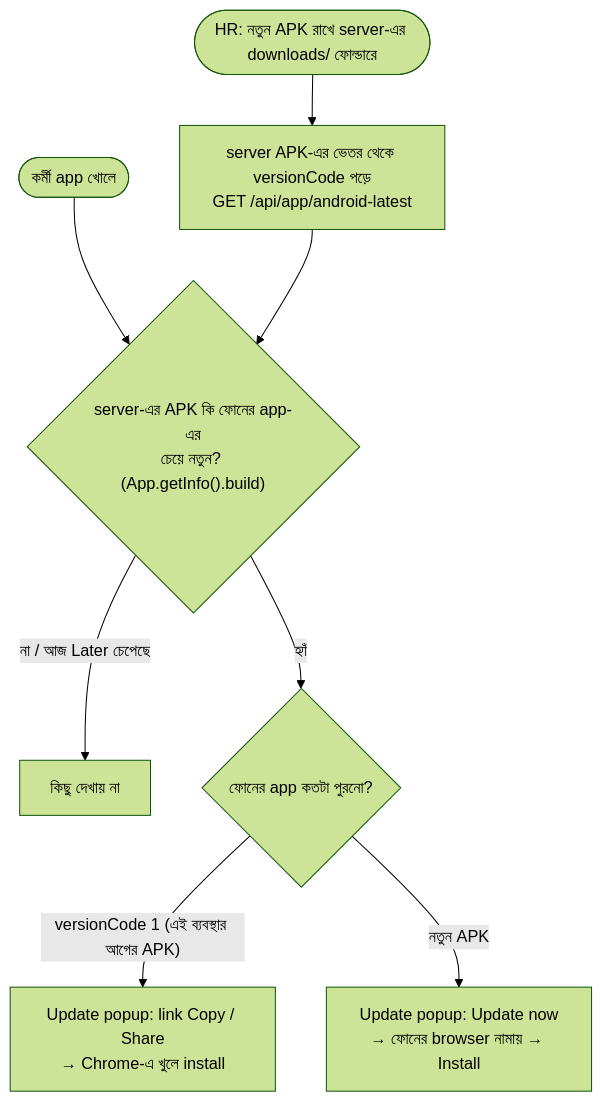
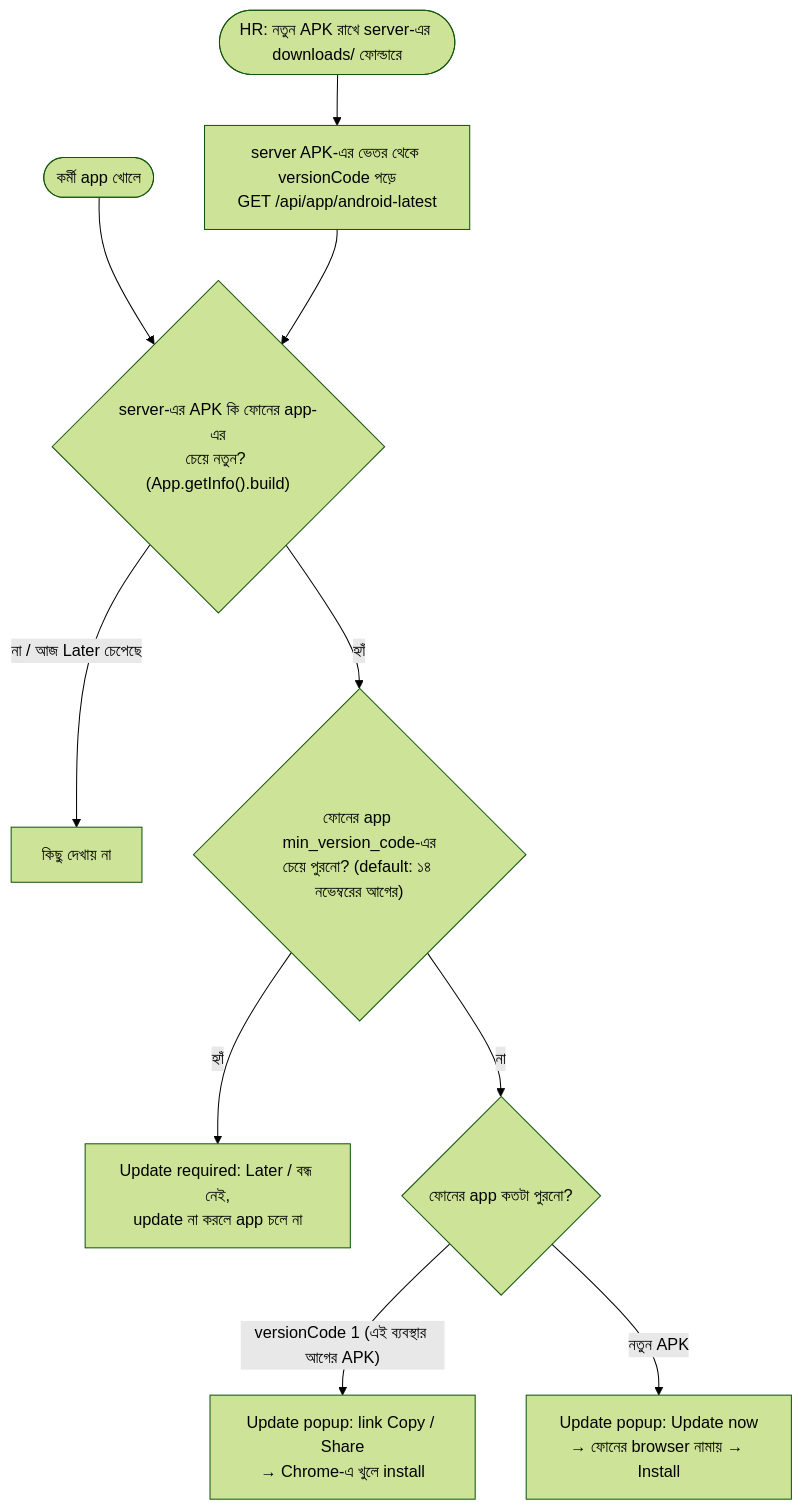
Diagram 14 of 14 in docs/architecture/02-application-workflow.md (ruhulamencredence/CredenceHR), drawn with Mermaid (forest theme) before and after one commit. The commit also changed other lines of this file and 2 other files, not shown here.

Commit message:
Android app: an app built before 14 Nov must be updated before it can be used
GET /api/app/android-latest adds min_version_code (default 456877, the
"Old app — update needed" in Employee Tracking; ANDROID_MIN_BUILD changes
it, 0 = nobody is made to update; never above the APK on the server). An
older app gets "Update required": no Later, no close, above every screen.

Claude-Session: https://claude.ai/code/session_01KeYvuUvtb2eW9nhfgiReUz

````diff
--- a/docs/architecture/02-application-workflow.md
+++ b/docs/architecture/02-application-workflow.md
@@ -647,10 +647,12 @@
 ```mermaid
 flowchart TD
   A([HR: নতুন APK রাখে server-এর downloads/ ফোল্ডারে]) --> V["server APK-এর ভেতর থেকে versionCode পড়ে<br/>GET /api/app/android-latest"]
   O([কর্মী app খোলে]) --> C{"server-এর APK কি ফোনের app-এর<br/>চেয়ে নতুন? (App.getInfo().build)"}
   V --> C
   C -- না / আজ Later চেপেছে --> N["কিছু দেখায় না"]
-  C -- হ্যাঁ --> P{"ফোনের app কতটা পুরনো?"}
+  C -- হ্যাঁ --> R{"ফোনের app min_version_code-এর<br/>চেয়ে পুরনো? (default: ১৪ নভেম্বরের আগের)"}
+  R -- হ্যাঁ --> Q["Update required: Later / বন্ধ নেই,<br/>update না করলে app চলে না"]
+  R -- না --> P{"ফোনের app কতটা পুরনো?"}
   P -- versionCode 1 (এই ব্যবস্থার আগের APK) --> L["Update popup: link Copy / Share<br/>→ Chrome-এ খুলে install"]
   P -- নতুন APK --> U["Update popup: Update now<br/>→ ফোনের browser নামায় → Install"]
 ```
````
